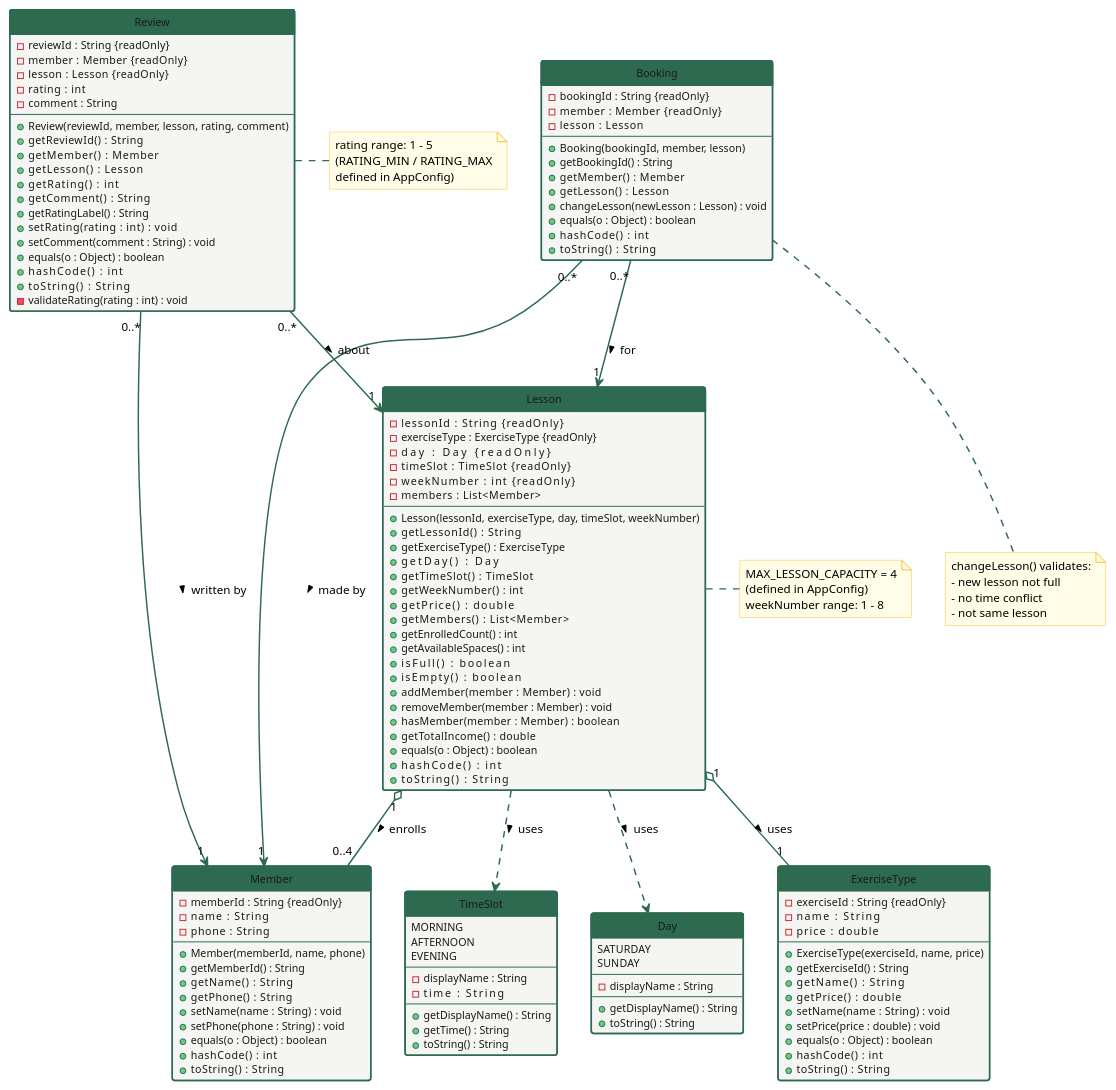
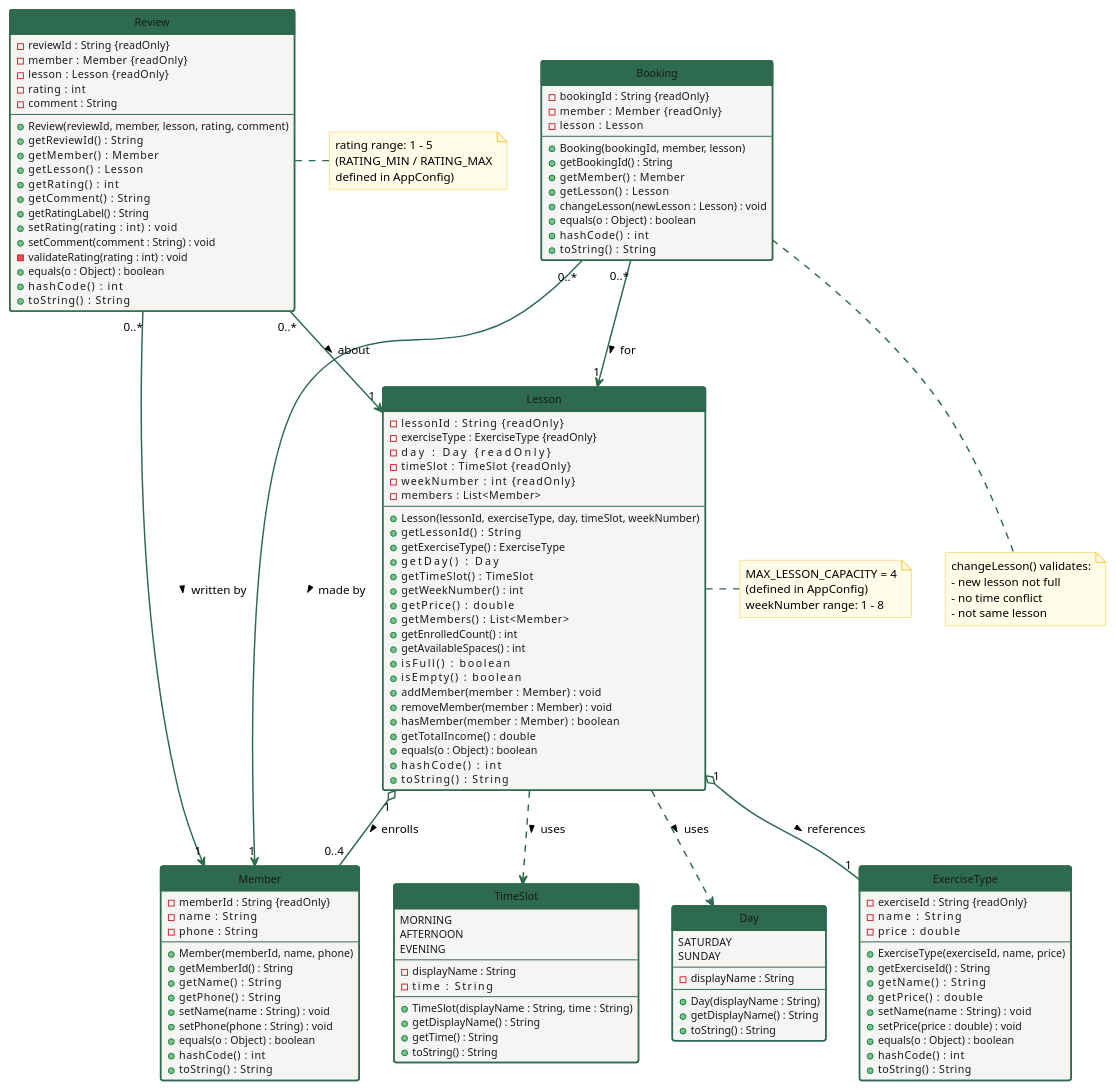
Before and after one commit to Dantesrc-sys/FurzefieldLC: the diagram in src/main/plantuml/class-diagram.puml, drawn with PlantUML. The commit also changed 1 other file, not shown here.

Commit message:
Class Diagram UML

```diff
--- a/src/main/plantuml/class-diagram.puml
+++ b/src/main/plantuml/class-diagram.puml
@@ -50,6 +50,7 @@
     --
     - displayName : String
     --
+    + Day(displayName : String)
     + getDisplayName() : String
     + toString() : String
 }
@@ -62,6 +63,7 @@
     - displayName : String
     - time        : String
     --
+    + TimeSlot(displayName : String, time : String)
     + getDisplayName() : String
     + getTime() : String
     + toString() : String
@@ -163,10 +165,10 @@
     + getRatingLabel() : String
     + setRating(rating : int)      : void
     + setComment(comment : String) : void
+    - validateRating(rating : int) : void
     + equals(o : Object) : boolean
     + hashCode()       : int
     + toString()       : String
-    - validateRating(rating : int) : void
 }
 
 ' ═══════════════════════════════════════════════════════════════
@@ -179,7 +181,7 @@
 
 ' ExerciseType objects live independently in DataStore and are shared
 ' across many lessons — this is aggregation, not composition
-Lesson "1" o-- "1" ExerciseType : uses >
+Lesson "1" o-- "1" ExerciseType : references >
 
 ' Lesson enrolls 0..MAX_CAPACITY Members (aggregation — Members exist independently)
 Lesson "1" o-- "0..4" Member : enrolls >
```
